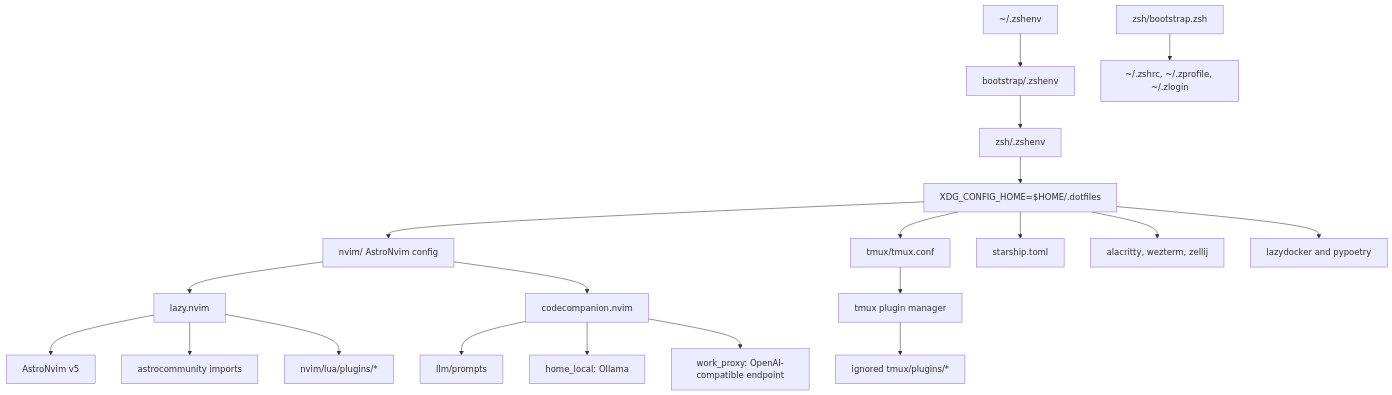
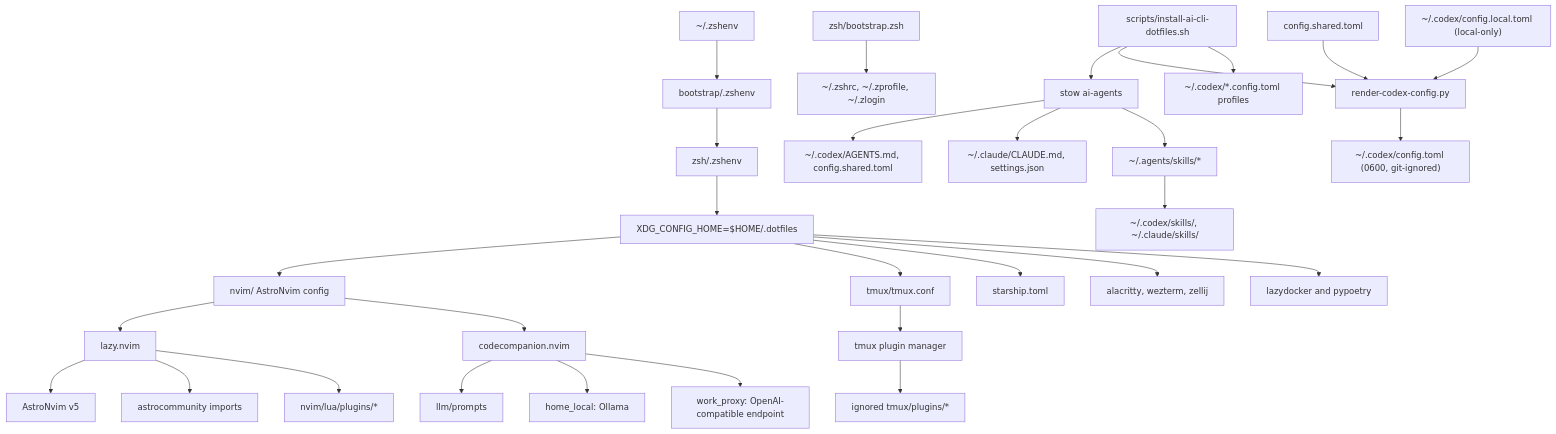
Before and after one commit to therealalexmois/dotfiles: the diagram in AGENTS.md, drawn with Mermaid. The commit also changed other lines of this file, not shown here.

Commit message:
docs(agents): document ai-agents layout and helper scripts

````diff
--- a/AGENTS.md
+++ b/AGENTS.md
@@ -115,24 +132,35 @@
 ```mermaid
 flowchart TD
   HomeZshEnv["~/.zshenv"] --> BootstrapZshEnv["bootstrap/.zshenv"]
   BootstrapZshEnv --> ZshEnv["zsh/.zshenv"]
   ZshEnv --> XDG["XDG_CONFIG_HOME=$HOME/.dotfiles"]
   XDG --> Nvim["nvim/ AstroNvim config"]
   XDG --> Tmux["tmux/tmux.conf"]
   XDG --> Starship["starship.toml"]
   XDG --> Terminals["alacritty, wezterm, zellij"]
   XDG --> Tools["lazydocker and pypoetry"]
 
   Nvim --> Lazy["lazy.nvim"]
   Lazy --> Astro["AstroNvim v5"]
   Lazy --> Community["astrocommunity imports"]
   Lazy --> Plugins["nvim/lua/plugins/*"]
   Nvim --> AI["codecompanion.nvim"]
   AI --> Prompts["llm/prompts"]
   AI --> Ollama["home_local: Ollama"]
   AI --> WorkProxy["work_proxy: OpenAI-compatible endpoint"]
 
   Tmux --> Tpm["tmux plugin manager"]
   Tpm --> TmuxPlugins["ignored tmux/plugins/*"]
   ZshBootstrap["zsh/bootstrap.zsh"] --> ZshFiles["~/.zshrc, ~/.zprofile, ~/.zlogin"]
+
+  Install["scripts/install-ai-cli-dotfiles.sh"] --> StowAI["stow ai-agents"]
+  StowAI --> CodexLink["~/.codex/AGENTS.md, config.shared.toml"]
+  StowAI --> ClaudeLink["~/.claude/CLAUDE.md, settings.json"]
+  StowAI --> AgentsLink["~/.agents/skills/*"]
+  Install --> Render["render-codex-config.py"]
+  Render --> CodexCfg["~/.codex/config.toml (0600, git-ignored)"]
+  CodexShared["config.shared.toml"] --> Render
+  CodexLocal["~/.codex/config.local.toml (local-only)"] --> Render
+  AgentsLink --> SkillLinks["~/.codex/skills/<skill>, ~/.claude/skills/<skill>"]
+  Install --> ProfileLinks["~/.codex/*.config.toml profiles"]
 ```
````
